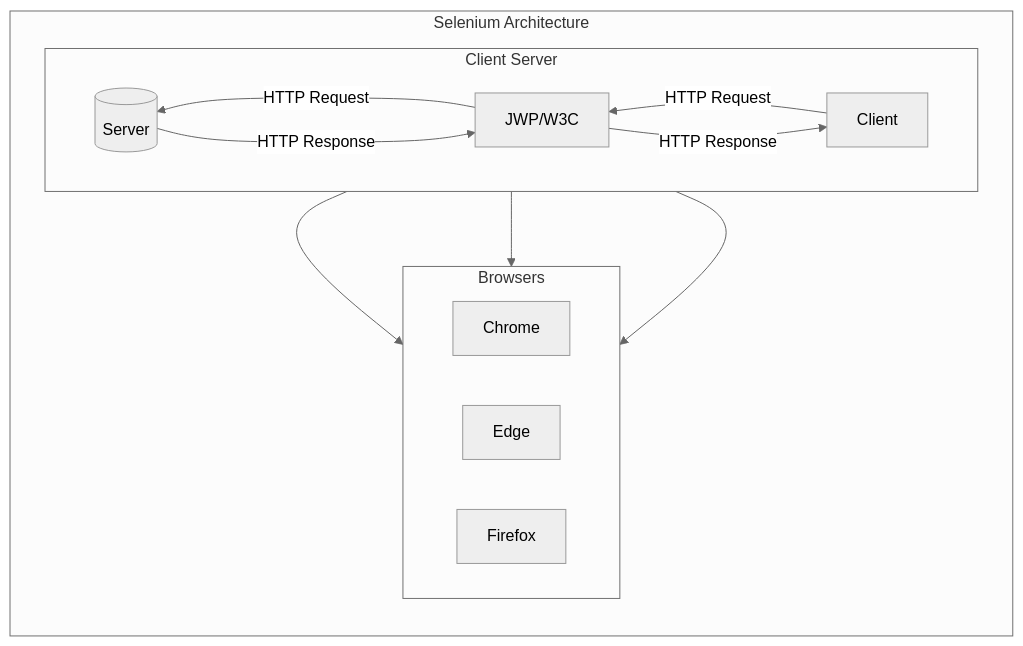
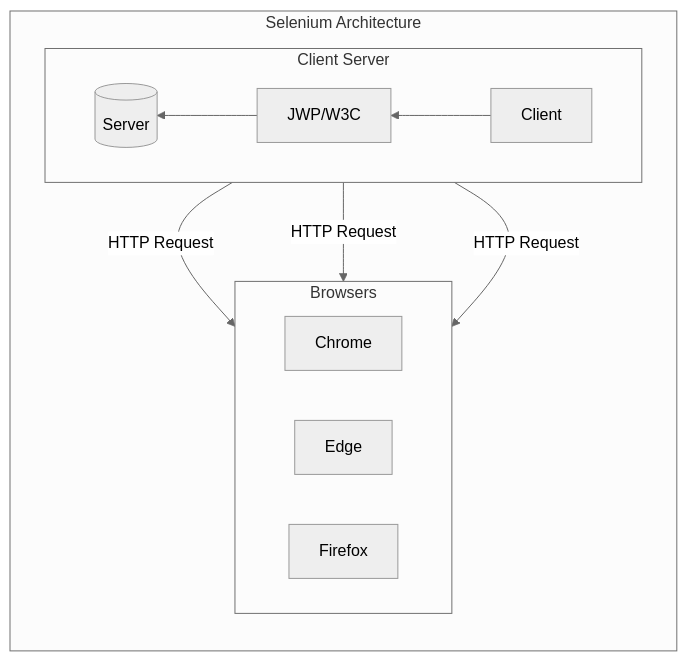
The first of 2 diagrams in README.md (mishrrit/Playwright-with-Java), drawn with Mermaid (neutral theme) before and after one commit.

````diff
--- a/README.md
+++ b/README.md
@@ -18,16 +18,16 @@
 ```mermaid
 flowchart LR
     subgraph Selenium Architecture
         subgraph Client Server
             direction RL
-            Client-- HTTP Request -->JWP/W3C-- HTTP Request -->id1[(Server)]
-            id1[(Server)]-- HTTP Response --->JWP/W3C--HTTP Response -->Client
+            Client-->JWP/W3C-->id1[(Server)]
+            
         end
         subgraph Browsers
             direction RL
-            id1[(Server)] --> Chrome
-            id1[(Server)] --> Edge
-            id1[(Server)] --> Firefox
+            id1[(Server)] -- HTTP Request -->Chrome
+            id1[(Server)] -- HTTP Request --> Edge
+            id1[(Server)] -- HTTP Request -->Firefox
         end
     end
 ```
````
